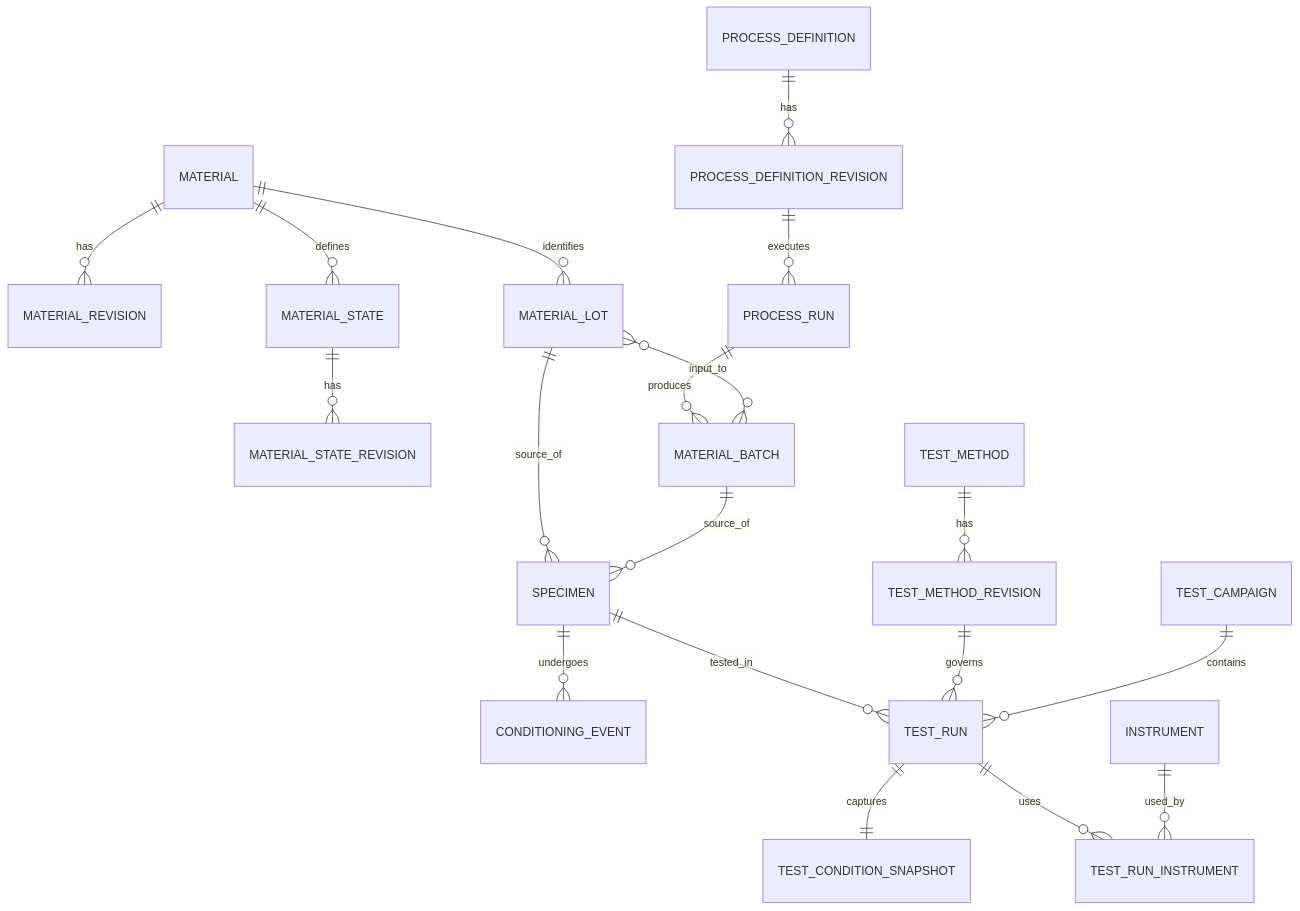
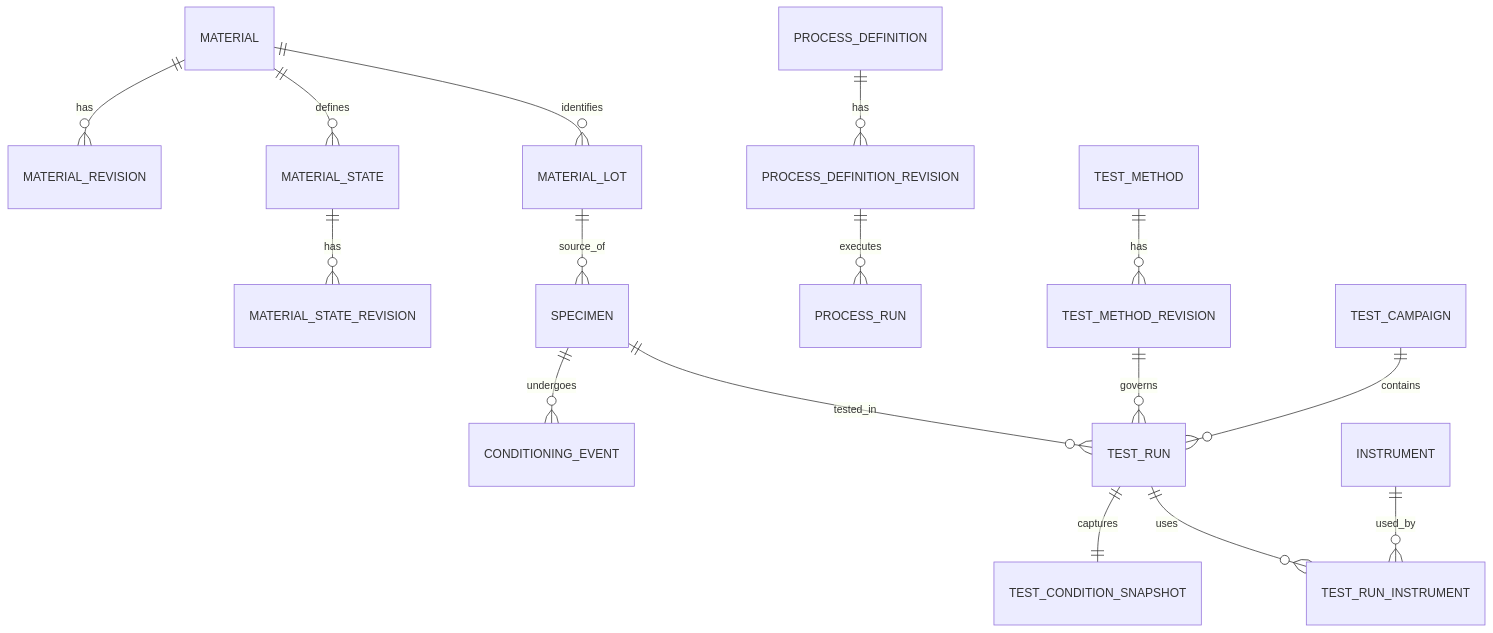
Before and after one commit to pikachu444/cae-material-platform: the first of 3 diagrams in docs/domain/canonical-domain-model.md, drawn with Mermaid. The commit also changed other lines of this file and 3 other files, not shown here.

````diff
--- a/docs/domain/canonical-domain-model.md
+++ b/docs/domain/canonical-domain-model.md
@@ -175,21 +175,18 @@
 ```mermaid
 erDiagram
     MATERIAL ||--o{ MATERIAL_REVISION : has
     MATERIAL ||--o{ MATERIAL_STATE : defines
     MATERIAL_STATE ||--o{ MATERIAL_STATE_REVISION : has
     PROCESS_DEFINITION ||--o{ PROCESS_DEFINITION_REVISION : has
     PROCESS_DEFINITION_REVISION ||--o{ PROCESS_RUN : executes
     MATERIAL ||--o{ MATERIAL_LOT : identifies
-    MATERIAL_LOT }o--o{ MATERIAL_BATCH : input_to
-    PROCESS_RUN ||--o{ MATERIAL_BATCH : produces
-    MATERIAL_BATCH ||--o{ SPECIMEN : source_of
     MATERIAL_LOT ||--o{ SPECIMEN : source_of
     SPECIMEN ||--o{ CONDITIONING_EVENT : undergoes
     TEST_METHOD ||--o{ TEST_METHOD_REVISION : has
     TEST_CAMPAIGN ||--o{ TEST_RUN : contains
     TEST_METHOD_REVISION ||--o{ TEST_RUN : governs
     SPECIMEN ||--o{ TEST_RUN : tested_in
     TEST_RUN ||--|| TEST_CONDITION_SNAPSHOT : captures
     INSTRUMENT ||--o{ TEST_RUN_INSTRUMENT : used_by
     TEST_RUN ||--o{ TEST_RUN_INSTRUMENT : uses
 ```
````
